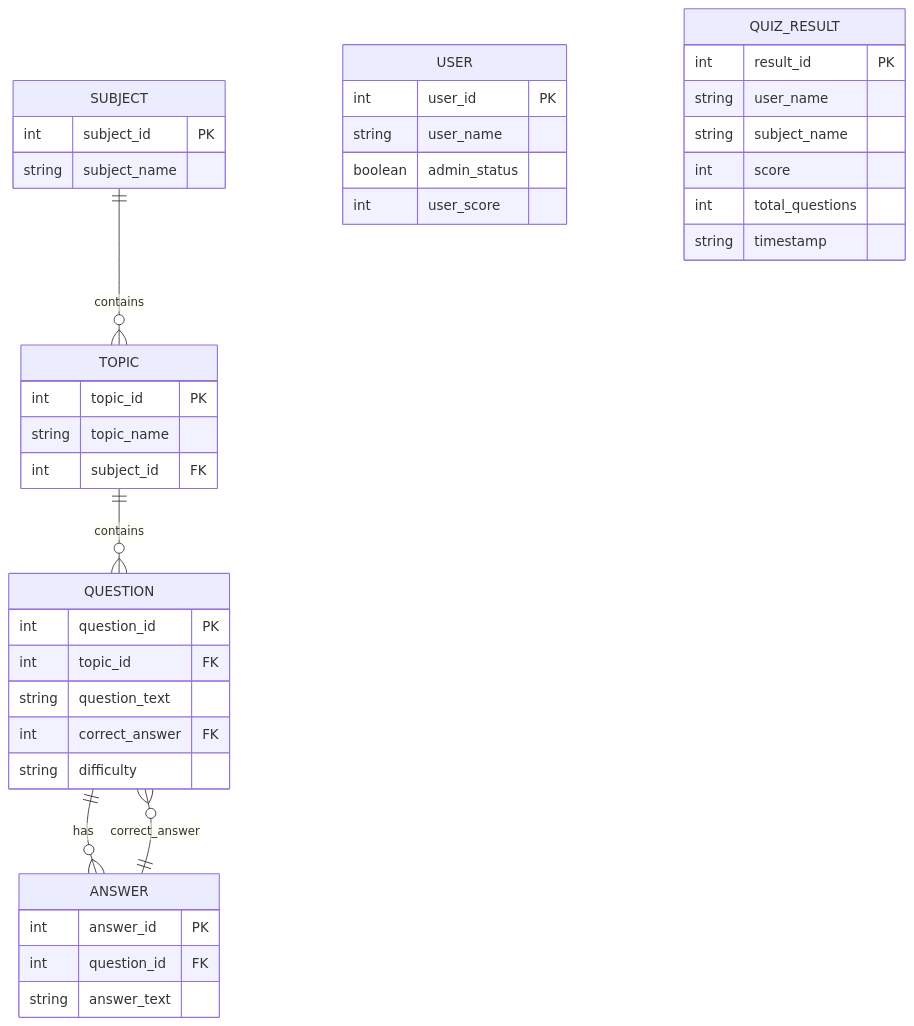
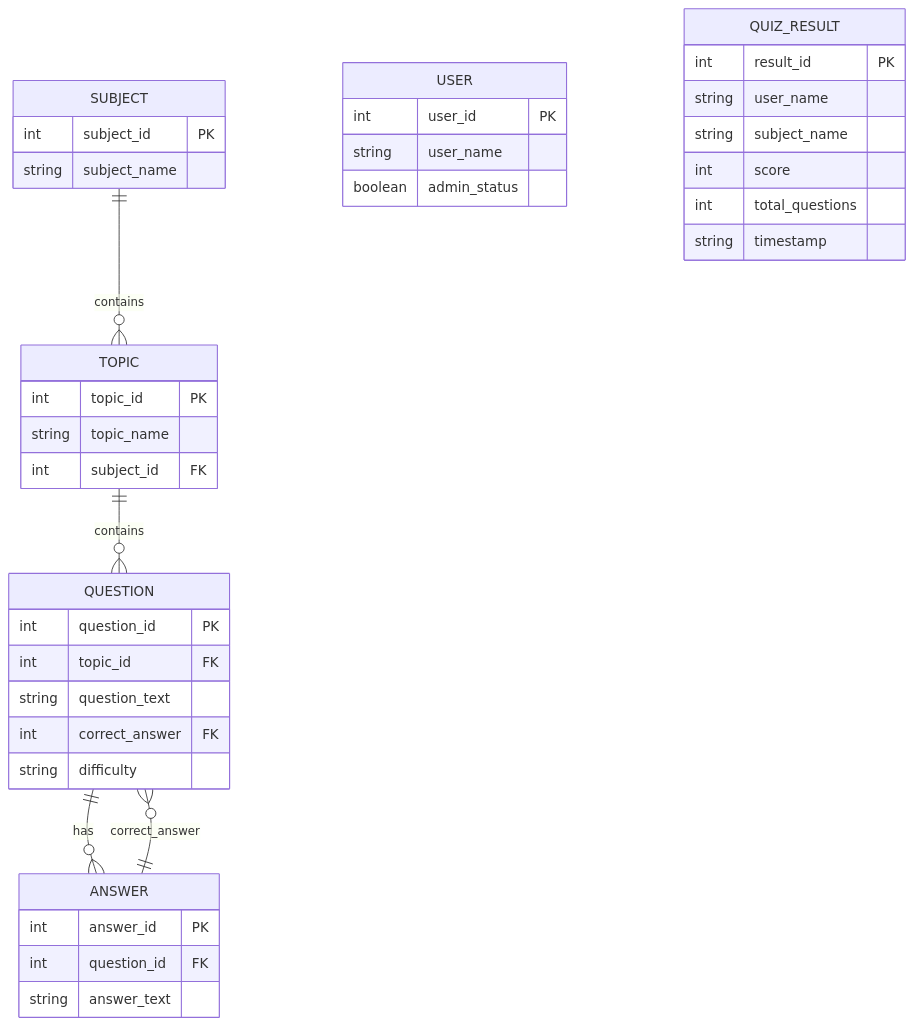
One commit to chdl91/Project_PF_adv changed the first of 5 diagrams in docs/architecture-diagrams/DIAGRAMS.md. Above: the diagram before and after it, drawn with Mermaid. The commit also changed other lines of this file and 19 other files, not shown here.

Commit message:
Refactor timezone handling and update README for admin password configuration; remove user_score from models and diagrams

````diff
--- a/docs/architecture-diagrams/DIAGRAMS.md
+++ b/docs/architecture-diagrams/DIAGRAMS.md
@@ -13,46 +13,45 @@
 ```mermaid
 ---
 id: 054dd15a-98cd-4a92-bd95-658cbfa984a0
 ---
 erDiagram
     SUBJECT {
         int subject_id PK
         string subject_name
     }
     TOPIC {
         int topic_id PK
         string topic_name
         int subject_id FK
     }
     QUESTION {
         int question_id PK
         int topic_id FK
         string question_text
         int correct_answer FK
         string difficulty
     }
     ANSWER {
         int answer_id PK
         int question_id FK
         string answer_text
     }
     USER {
         int user_id PK
         string user_name
         boolean admin_status
-        int user_score
     }
     QUIZ_RESULT {
         int result_id PK
         string user_name
         string subject_name
         int score
         int total_questions
         string timestamp
     }
 
     SUBJECT  ||--o{ TOPIC    : "contains"
     TOPIC    ||--o{ QUESTION : "contains"
     QUESTION ||--o{ ANSWER   : "has"
     QUESTION }o--|| ANSWER   : "correct_answer"
 ```
````
